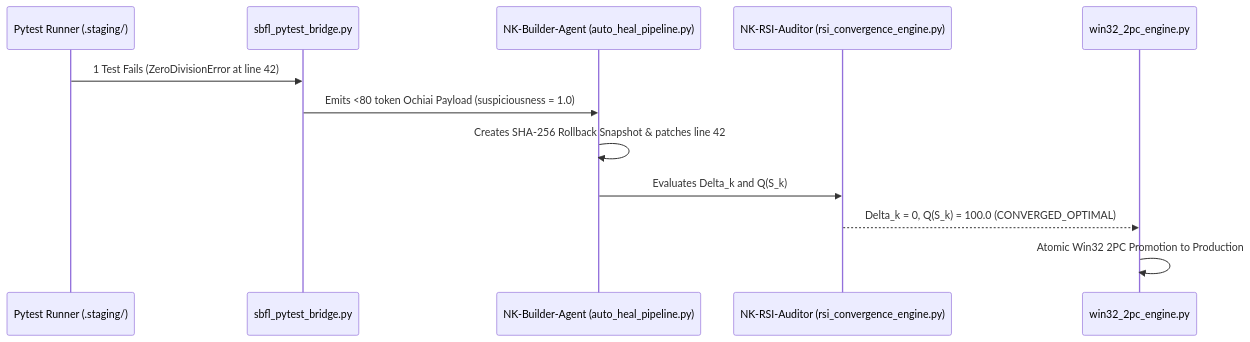
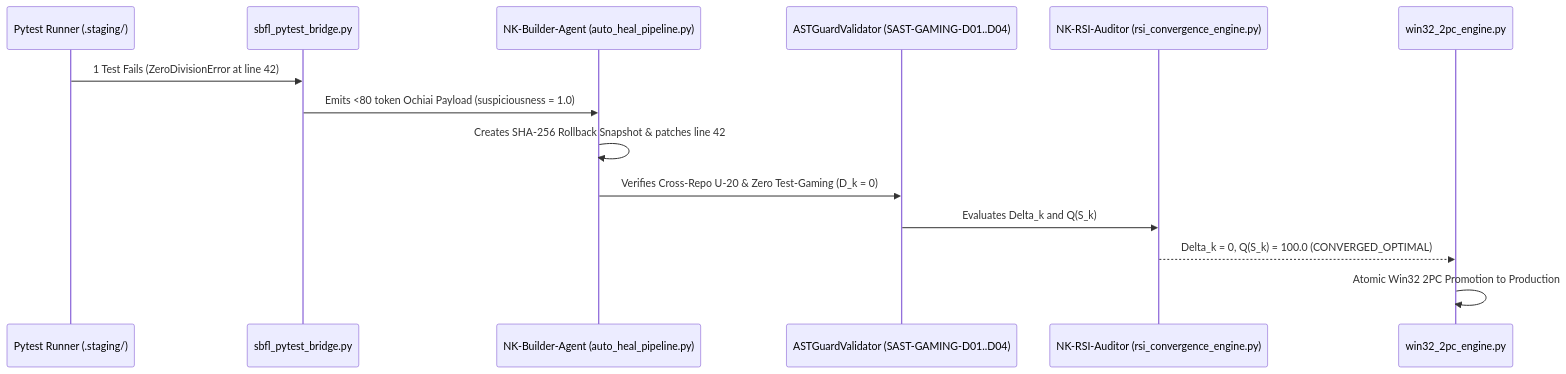
Before and after one commit to erbaldo86/NK-Hub: the second of 2 diagrams in README.md, drawn with Mermaid. The commit also changed other lines of this file and 46 other files, not shown here.

````diff
--- a/README.md
+++ b/README.md
@@ -199,14 +227,16 @@
 ```mermaid
 sequenceDiagram
     participant Test as Pytest Runner (.staging/)
     participant Bridge as sbfl_pytest_bridge.py
     participant Builder as NK-Builder-Agent (auto_heal_pipeline.py)
+    participant Guard as ASTGuardValidator (SAST-GAMING-D01..D04)
     participant RSI as NK-RSI-Auditor (rsi_convergence_engine.py)
     participant Commit as win32_2pc_engine.py
     Test->>Bridge: 1 Test Fails (ZeroDivisionError at line 42)
     Bridge->>Builder: Emits <80 token Ochiai Payload (suspiciousness = 1.0)
     Builder->>Builder: Creates SHA-256 Rollback Snapshot & patches line 42
-    Builder->>RSI: Evaluates Delta_k and Q(S_k)
+    Builder->>Guard: Verifies Cross-Repo U-20 & Zero Test-Gaming (D_k = 0)
+    Guard->>RSI: Evaluates Delta_k and Q(S_k)
     RSI-->>Commit: Delta_k = 0, Q(S_k) = 100.0 (CONVERGED_OPTIMAL)
     Commit->>Commit: Atomic Win32 2PC Promotion to Production
 ```
````
